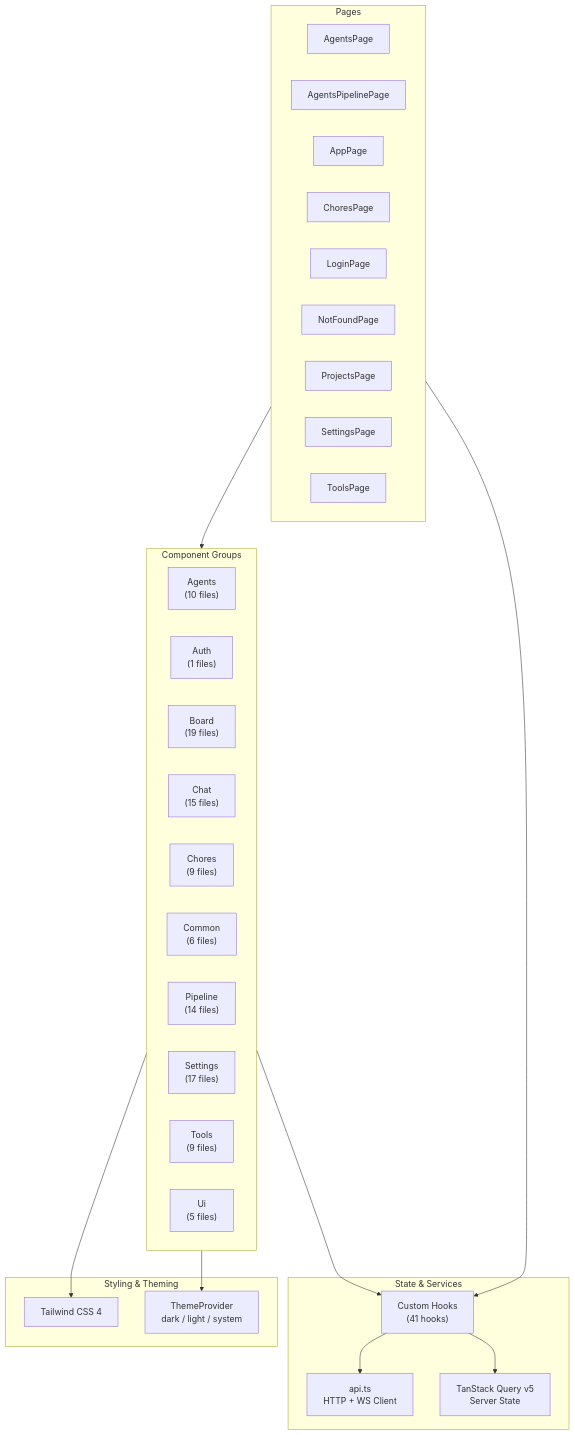
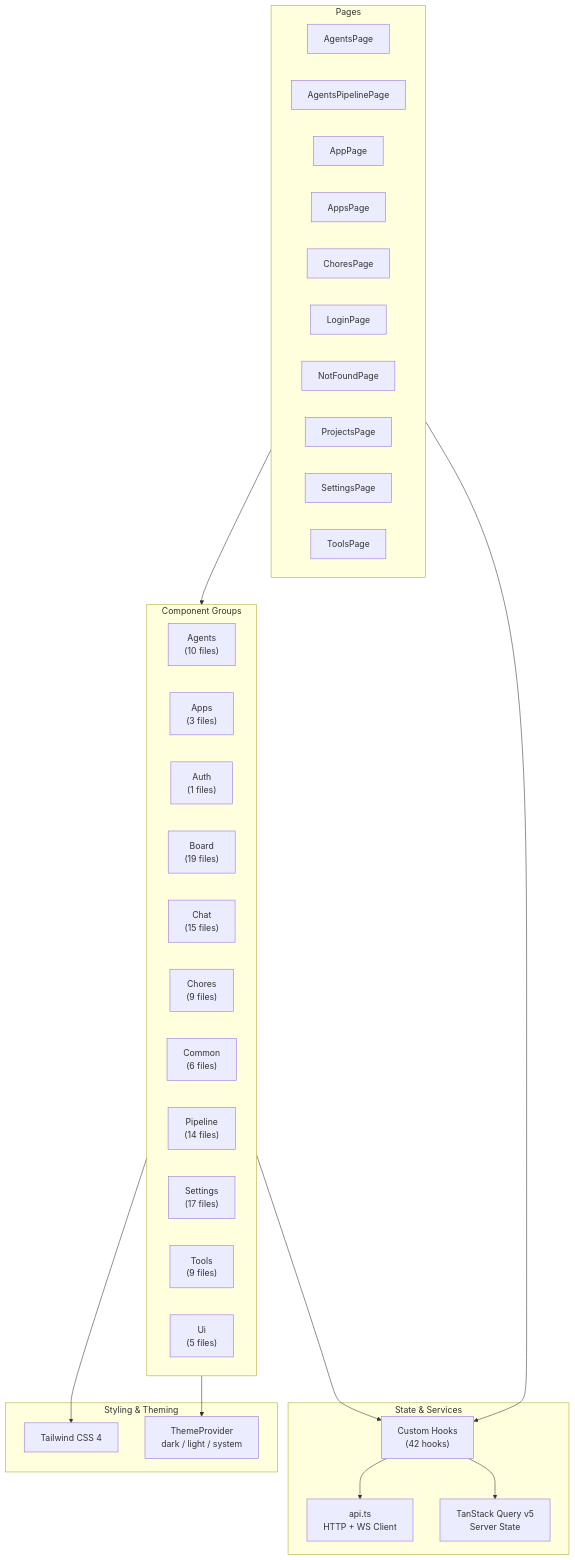
The diagram in solune/docs/architectures/frontend-components.mmd (Boykai/github-workflows), drawn with Mermaid before and after one commit. The commit also changed 7 other files, not shown here.

Commit message:
fix: resolve all CI failures — ruff format, ESLint a11y, dead links, diagrams

```diff
--- a/solune/docs/architectures/frontend-components.mmd
+++ b/solune/docs/architectures/frontend-components.mmd
@@ -1,44 +1,46 @@
 graph TB
     subgraph Pages["Pages"]
         P_0["AgentsPage"]
         P_1["AgentsPipelinePage"]
         P_2["AppPage"]
-        P_3["ChoresPage"]
-        P_4["LoginPage"]
-        P_5["NotFoundPage"]
-        P_6["ProjectsPage"]
-        P_7["SettingsPage"]
-        P_8["ToolsPage"]
+        P_3["AppsPage"]
+        P_4["ChoresPage"]
+        P_5["LoginPage"]
+        P_6["NotFoundPage"]
+        P_7["ProjectsPage"]
+        P_8["SettingsPage"]
+        P_9["ToolsPage"]
     end
 
     subgraph Components["Component Groups"]
         C_0["Agents<br/>(10 files)"]
-        C_1["Auth<br/>(1 files)"]
-        C_2["Board<br/>(19 files)"]
-        C_3["Chat<br/>(15 files)"]
-        C_4["Chores<br/>(9 files)"]
-        C_5["Common<br/>(6 files)"]
-        C_6["Pipeline<br/>(14 files)"]
-        C_7["Settings<br/>(17 files)"]
-        C_8["Tools<br/>(9 files)"]
-        C_9["Ui<br/>(5 files)"]
+        C_1["Apps<br/>(3 files)"]
+        C_2["Auth<br/>(1 files)"]
+        C_3["Board<br/>(19 files)"]
+        C_4["Chat<br/>(15 files)"]
+        C_5["Chores<br/>(9 files)"]
+        C_6["Common<br/>(6 files)"]
+        C_7["Pipeline<br/>(14 files)"]
+        C_8["Settings<br/>(17 files)"]
+        C_9["Tools<br/>(9 files)"]
+        C_10["Ui<br/>(5 files)"]
     end
 
     subgraph State["State & Services"]
-        Hooks["Custom Hooks<br/>(41 hooks)"]
+        Hooks["Custom Hooks<br/>(42 hooks)"]
         API["api.ts<br/>HTTP + WS Client"]
         TQ["TanStack Query v5<br/>Server State"]
     end
 
     subgraph Styling["Styling & Theming"]
         TW["Tailwind CSS 4"]
         Theme["ThemeProvider<br/>dark / light / system"]
     end
 
     Pages --> Components
     Pages --> Hooks
     Components --> Hooks
     Hooks --> API
     Hooks --> TQ
     Components --> TW
     Components --> Theme
```
